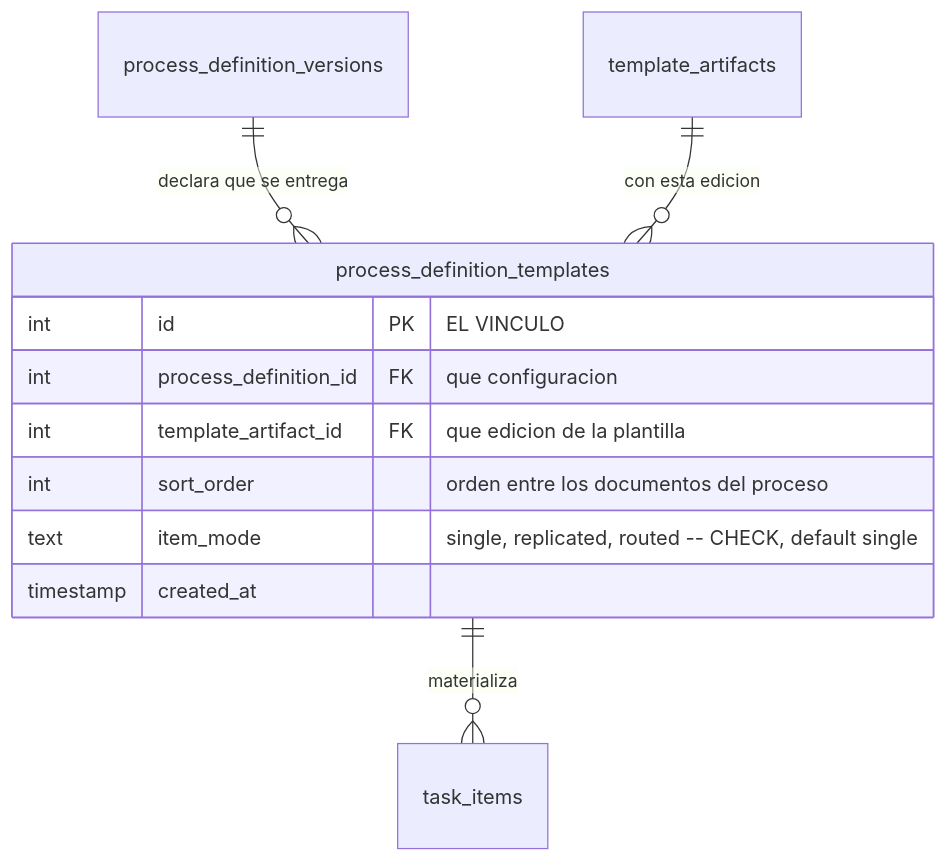
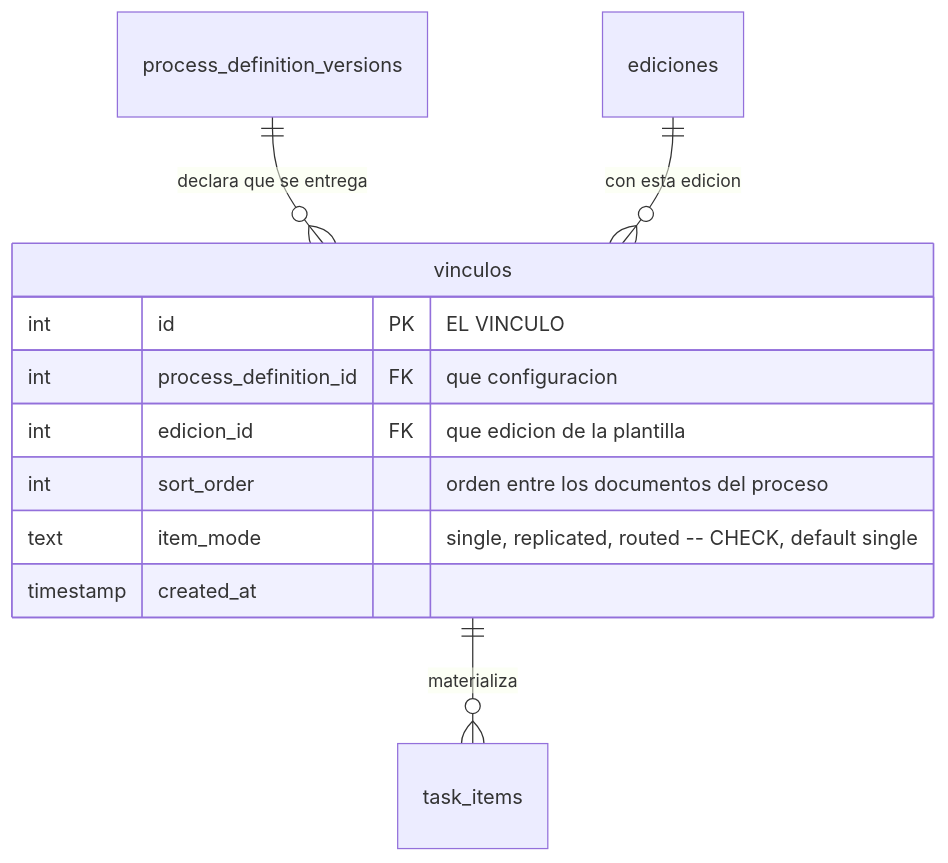
The diagram in docs/src/content/docs/modelo/vinculo.md (fresvel/deasy), drawn with Mermaid before and after one commit. The commit also changed other lines of this file and 172 other files, not shown here.

````diff
--- a/docs/src/content/docs/modelo/vinculo.md
+++ b/docs/src/content/docs/modelo/vinculo.md
@@ -99,15 +99,15 @@
 ```mermaid
 erDiagram
-  process_definition_versions ||--o{ process_definition_templates : "declara que se entrega"
-  template_artifacts ||--o{ process_definition_templates : "con esta edicion"
-  process_definition_templates ||--o{ task_items : "materializa"
+  process_definition_versions ||--o{ vinculos : "declara que se entrega"
+  ediciones ||--o{ vinculos : "con esta edicion"
+  vinculos ||--o{ task_items : "materializa"
 
-  process_definition_templates {
+  vinculos {
     int id PK "EL VINCULO"
     int process_definition_id FK "que configuracion"
-    int template_artifact_id FK "que edicion de la plantilla"
+    int edicion_id FK "que edicion de la plantilla"
     int sort_order "orden entre los documentos del proceso"
     text item_mode "single, replicated, routed -- CHECK, default single"
     timestamp created_at
   }
 ```
````
